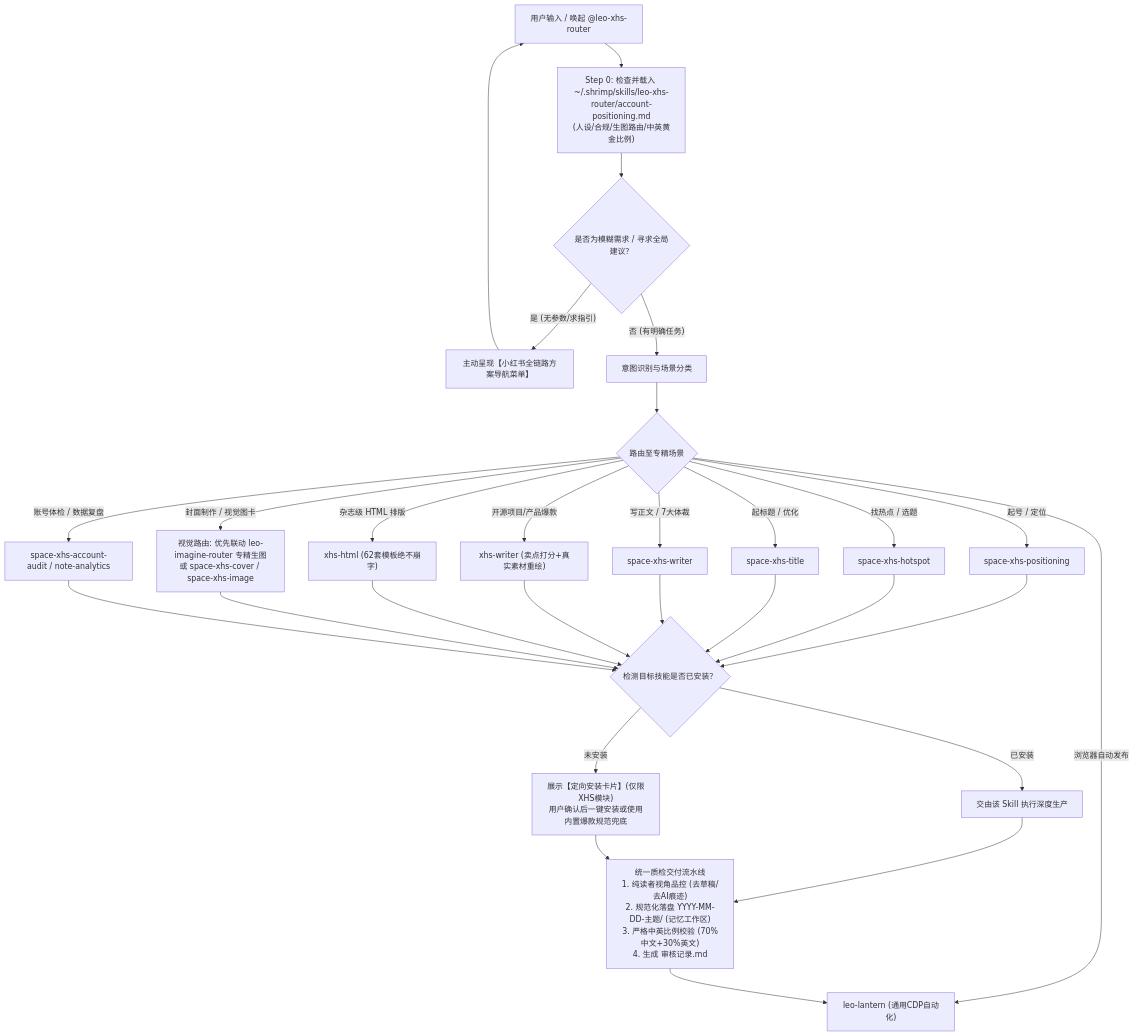
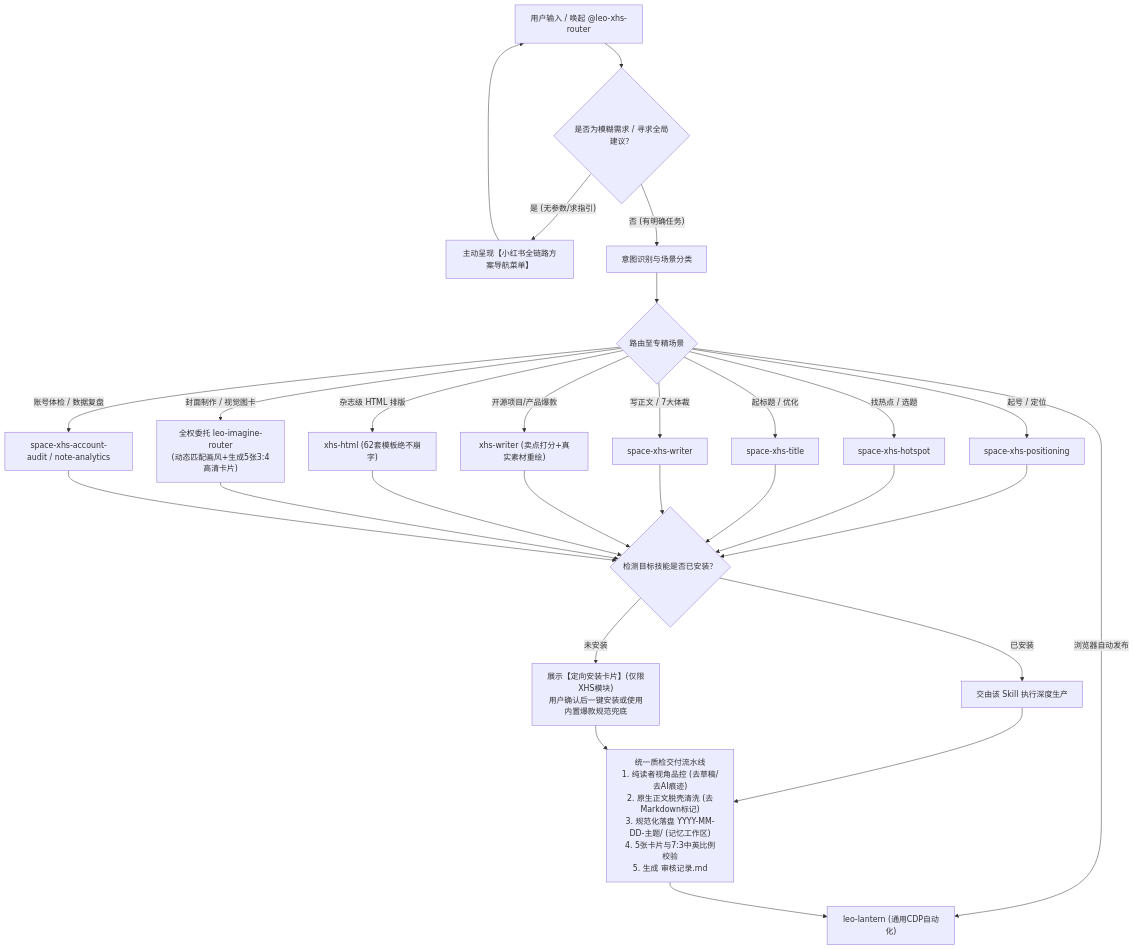
Before and after one commit to zlpawn/shrimp: the diagram in lib/skills/leo-xhs-router/SKILL.md, drawn with Mermaid. The commit also changed other lines of this file and 7 other files, not shown here.

Commit message:
feat(leo-xhs-router): complete visual delegation and quality guard enhancements

````diff
--- a/lib/skills/leo-xhs-router/SKILL.md
+++ b/lib/skills/leo-xhs-router/SKILL.md
@@ -49,28 +49,27 @@
 ```mermaid
 flowchart TD
-    User["用户输入 / 唤起 @leo-xhs-router"] --> Step0["Step 0: 检查并载入 ~/.shrimp/skills/leo-xhs-router/account-positioning.md<br>(人设/合规/生图路由/中英黄金比例)"]
-    Step0 --> Detect{"是否为模糊需求 / 寻求全局建议？"}
+    User["用户输入 / 唤起 @leo-xhs-router"] --> Detect{"是否为模糊需求 / 寻求全局建议？"}
     
     Detect -- "是 (无参数/求指引)" --> Nav["主动呈现【小红书全链路方案导航菜单】"]
     Nav --> User
     
     Detect -- "否 (有明确任务)" --> Classify["意图识别与场景分类"]
     
     Classify --> Route{"路由至专精场景"}
     Route -- "起号 / 定位" --> S1["space-xhs-positioning"]
     Route -- "找热点 / 选题" --> S2["space-xhs-hotspot"]
     Route -- "起标题 / 优化" --> S3["space-xhs-title"]
     Route -- "写正文 / 7大体裁" --> S4["space-xhs-writer"]
     Route -- "开源项目/产品爆款" --> S5["xhs-writer (卖点打分+真实素材重绘)"]
     Route -- "杂志级 HTML 排版" --> S6["xhs-html (62套模板绝不崩字)"]
-    Route -- "封面制作 / 视觉图卡" --> S7["视觉路由: 优先联动 leo-imagine-router 专精生图<br>或 space-xhs-cover / space-xhs-image"]
+    Route -- "封面制作 / 视觉图卡" --> S7["全权委托 leo-imagine-router<br>(动态匹配画风+生成5张3:4高清卡片)"]
     Route -- "账号体检 / 数据复盘" --> S8["space-xhs-account-audit / note-analytics"]
     Route -- "浏览器自动发布" --> S9["leo-lantern (通用CDP自动化)"]
     
     S1 & S2 & S3 & S4 & S5 & S6 & S7 & S8 --> Probe{"检测目标技能是否已安装？"}
     Probe -- "已安装" --> Exec["交由该 Skill 执行深度生产"]
     Probe -- "未安装" --> Guide["展示【定向安装卡片】(仅限XHS模块)<br>用户确认后一键安装或使用内置爆款规范兜底"]
     
-    Exec & Guide --> PostProcess["统一质检交付流水线<br>1. 纯读者视角品控 (去草稿/去AI痕迹)<br>2. 规范化落盘 YYYY-MM-DD-主题/ (记忆工作区)<br>3. 严格中英比例校验 (70%中文+30%英文)<br>4. 生成 审核记录.md"]
+    Exec & Guide --> PostProcess["统一质检交付流水线<br>1. 纯读者视角品控 (去草稿/去AI痕迹)<br>2. 原生正文脱壳清洗 (去Markdown标记)<br>3. 规范化落盘 YYYY-MM-DD-主题/ (记忆工作区)<br>4. 5张卡片与7:3中英比例校验<br>5. 生成 审核记录.md"]
     PostProcess --> S9
 ```
````
